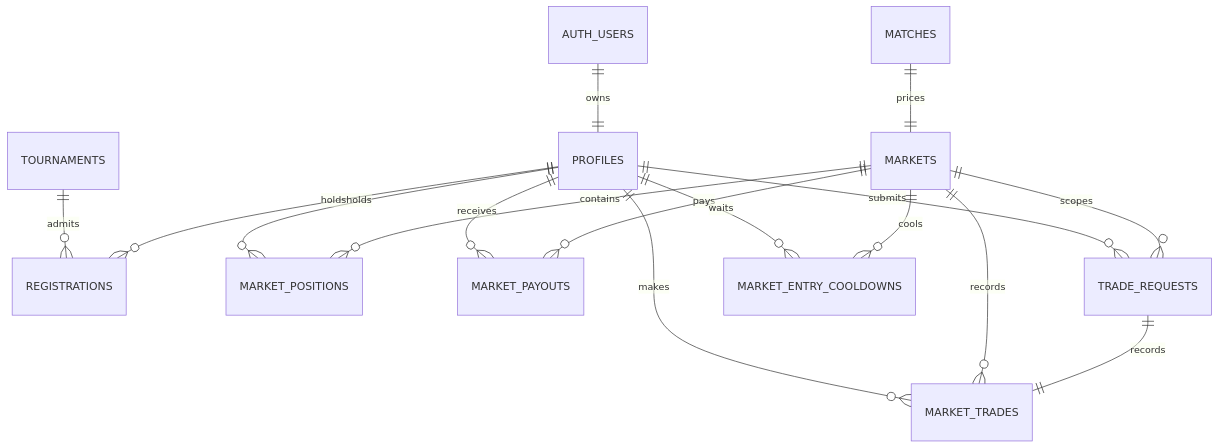
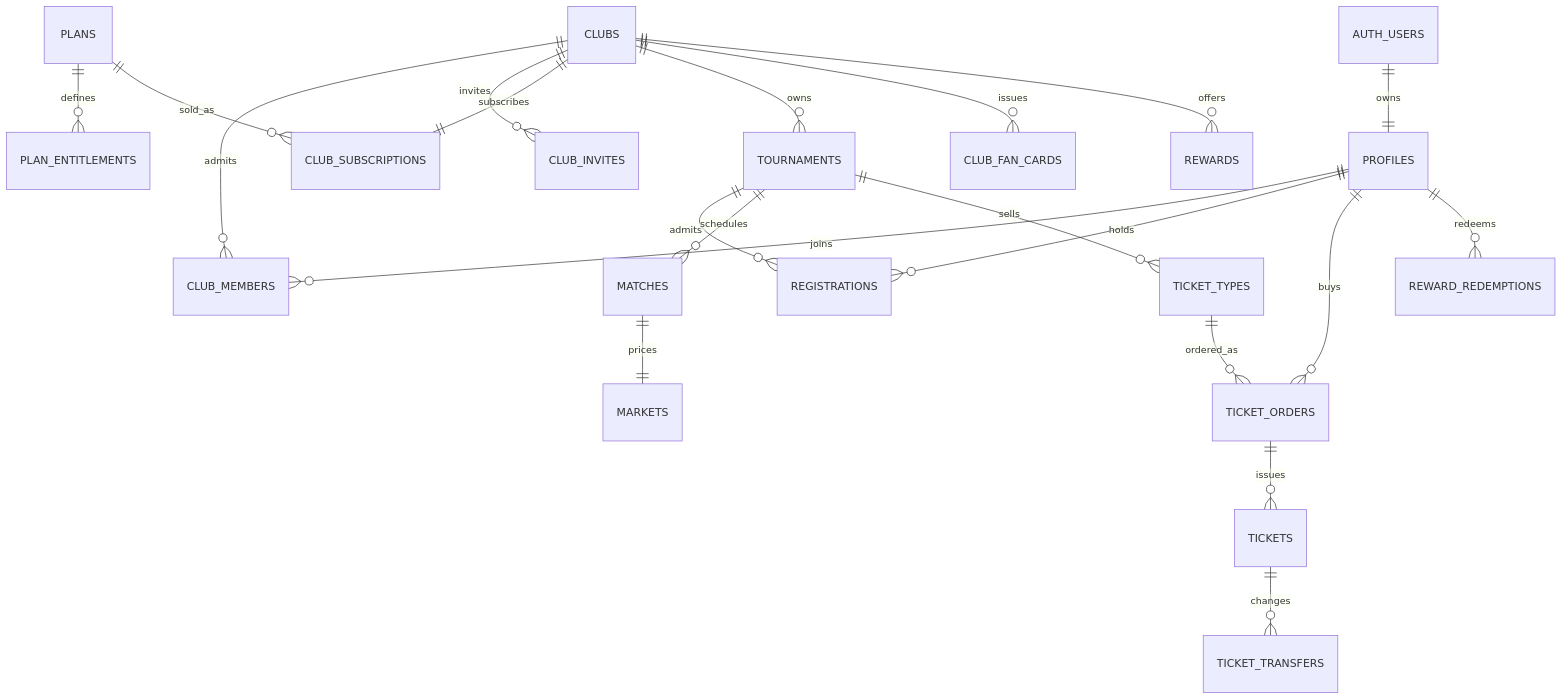
Before and after one commit to match-pulse/match-pulse: the diagram in docs/architecture/02-domain-model.md, drawn with Mermaid. The commit also changed other lines of this file and 32 other files, not shown here.

````diff
--- a/docs/architecture/02-domain-model.md
+++ b/docs/architecture/02-domain-model.md
@@ -39,18 +36,23 @@
 ```mermaid
 erDiagram
   AUTH_USERS ||--|| PROFILES : owns
+  PROFILES ||--o{ CLUB_MEMBERS : joins
+  CLUBS ||--o{ CLUB_MEMBERS : admits
+  CLUBS ||--o{ CLUB_INVITES : invites
+  PLANS ||--o{ PLAN_ENTITLEMENTS : defines
+  PLANS ||--o{ CLUB_SUBSCRIPTIONS : sold_as
+  CLUBS ||--|| CLUB_SUBSCRIPTIONS : subscribes
+  CLUBS ||--o{ TOURNAMENTS : owns
   TOURNAMENTS ||--o{ REGISTRATIONS : admits
   PROFILES ||--o{ REGISTRATIONS : holds
+  TOURNAMENTS ||--o{ MATCHES : schedules
   MATCHES ||--|| MARKETS : prices
-  PROFILES ||--o{ MARKET_POSITIONS : holds
-  MARKETS ||--o{ MARKET_POSITIONS : contains
-  PROFILES ||--o{ MARKET_TRADES : makes
-  MARKETS ||--o{ MARKET_TRADES : records
-  PROFILES ||--o{ MARKET_PAYOUTS : receives
-  MARKETS ||--o{ MARKET_PAYOUTS : pays
-  PROFILES ||--o{ TRADE_REQUESTS : submits
-  MARKETS ||--o{ TRADE_REQUESTS : scopes
-  TRADE_REQUESTS ||--|| MARKET_TRADES : records
-  PROFILES ||--o{ MARKET_ENTRY_COOLDOWNS : waits
-  MARKETS ||--o{ MARKET_ENTRY_COOLDOWNS : cools
+  TOURNAMENTS ||--o{ TICKET_TYPES : sells
+  TICKET_TYPES ||--o{ TICKET_ORDERS : ordered_as
+  PROFILES ||--o{ TICKET_ORDERS : buys
+  TICKET_ORDERS ||--o{ TICKETS : issues
+  TICKETS ||--o{ TICKET_TRANSFERS : changes
+  CLUBS ||--o{ CLUB_FAN_CARDS : issues
+  CLUBS ||--o{ REWARDS : offers
+  PROFILES ||--o{ REWARD_REDEMPTIONS : redeems
 ```
````
